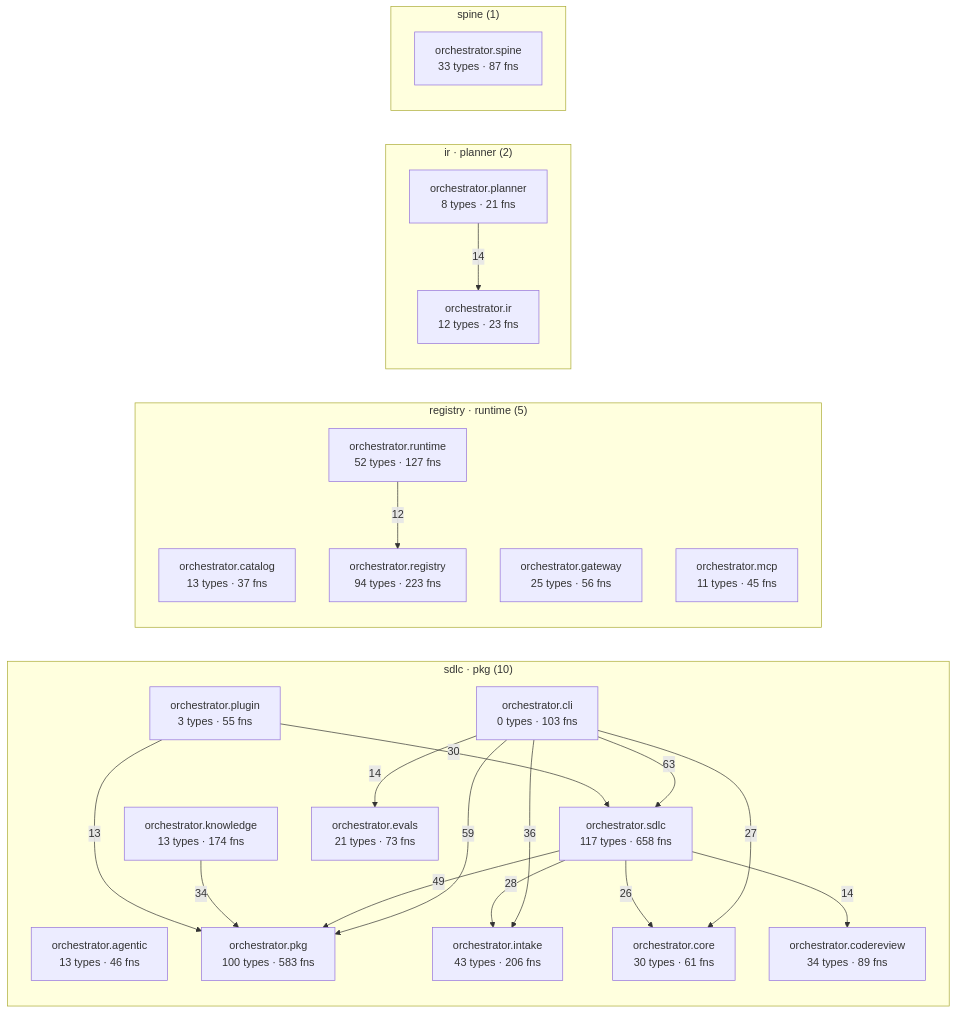
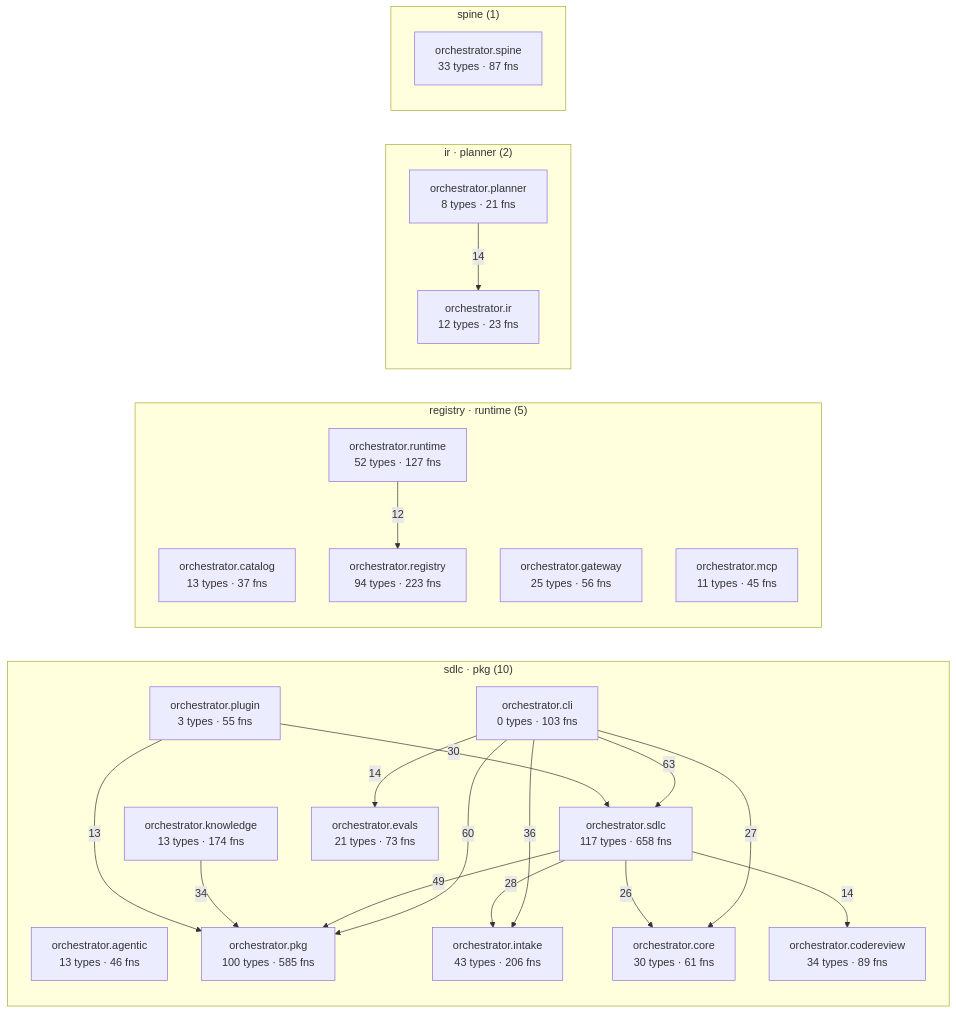
The diagram in episteme/architecture.md (synaptixs/spine), drawn with Mermaid before and after one commit. The commit also changed other lines of this file and 15 other files, not shown here.

````diff
--- a/episteme/architecture.md
+++ b/episteme/architecture.md
@@ -54,43 +54,43 @@
 ```mermaid
 flowchart LR
   subgraph c_2["sdlc · pkg (10)"]
     aorchestratoragentic["orchestrator.agentic<br/>13 types · 46 fns"]
     aorchestratorcli["orchestrator.cli<br/>0 types · 103 fns"]
     aorchestratorcodereview["orchestrator.codereview<br/>34 types · 89 fns"]
     aorchestratorcore["orchestrator.core<br/>30 types · 61 fns"]
     aorchestratorevals["orchestrator.evals<br/>21 types · 73 fns"]
     aorchestratorintake["orchestrator.intake<br/>43 types · 206 fns"]
     aorchestratorknowledge["orchestrator.knowledge<br/>13 types · 174 fns"]
-    aorchestratorpkg["orchestrator.pkg<br/>100 types · 583 fns"]
+    aorchestratorpkg["orchestrator.pkg<br/>100 types · 585 fns"]
     aorchestratorplugin["orchestrator.plugin<br/>3 types · 55 fns"]
     aorchestratorsdlc["orchestrator.sdlc<br/>117 types · 658 fns"]
   end
   subgraph c_4["registry · runtime (5)"]
     aorchestratorcatalog["orchestrator.catalog<br/>13 types · 37 fns"]
     aorchestratorgateway["orchestrator.gateway<br/>25 types · 56 fns"]
     aorchestratormcp["orchestrator.mcp<br/>11 types · 45 fns"]
     aorchestratorregistry["orchestrator.registry<br/>94 types · 223 fns"]
     aorchestratorruntime["orchestrator.runtime<br/>52 types · 127 fns"]
   end
   subgraph c_7["ir · planner (2)"]
     aorchestratorir["orchestrator.ir<br/>12 types · 23 fns"]
     aorchestratorplanner["orchestrator.planner<br/>8 types · 21 fns"]
   end
   subgraph c_10["spine (1)"]
     aorchestratorspine["orchestrator.spine<br/>33 types · 87 fns"]
   end
   aorchestratorcli -->|63| aorchestratorsdlc
-  aorchestratorcli -->|59| aorchestratorpkg
+  aorchestratorcli -->|60| aorchestratorpkg
   aorchestratorsdlc -->|49| aorchestratorpkg
   aorchestratorcli -->|36| aorchestratorintake
   aorchestratorknowledge -->|34| aorchestratorpkg
   aorchestratorplugin -->|30| aorchestratorsdlc
   aorchestratorsdlc -->|28| aorchestratorintake
   aorchestratorcli -->|27| aorchestratorcore
   aorchestratorsdlc -->|26| aorchestratorcore
   aorchestratorcli -->|14| aorchestratorevals
   aorchestratorplanner -->|14| aorchestratorir
   aorchestratorsdlc -->|14| aorchestratorcodereview
   aorchestratorplugin -->|13| aorchestratorpkg
   aorchestratorruntime -->|12| aorchestratorregistry
 ```
````
